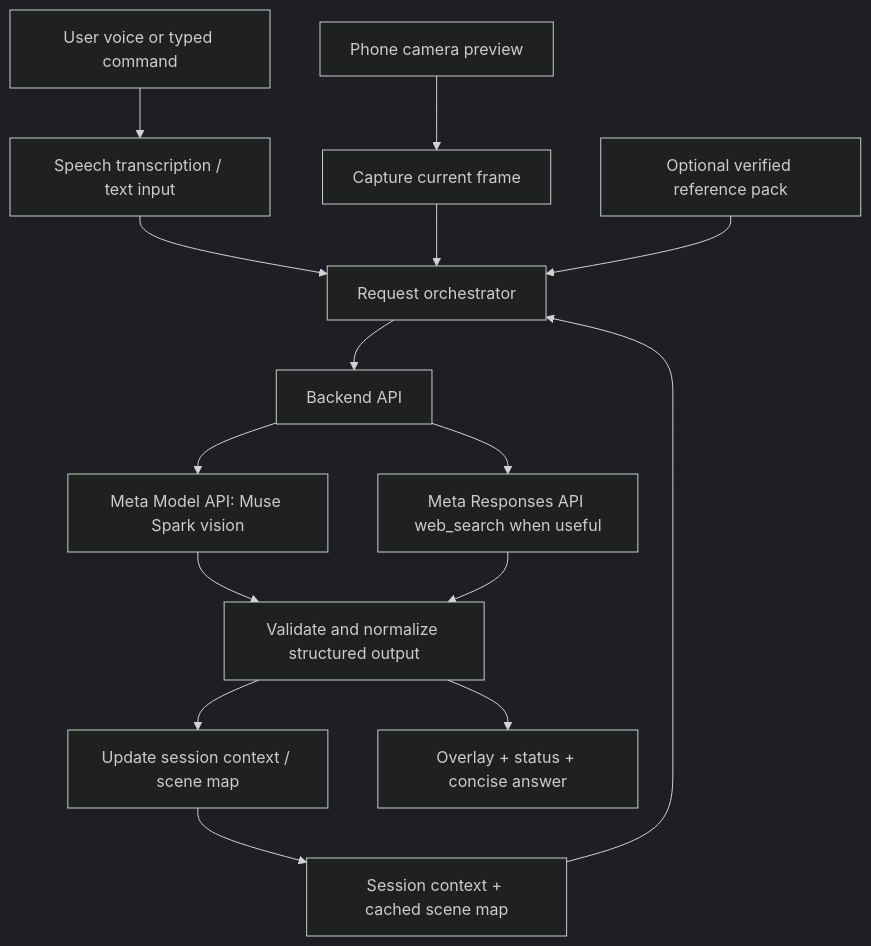
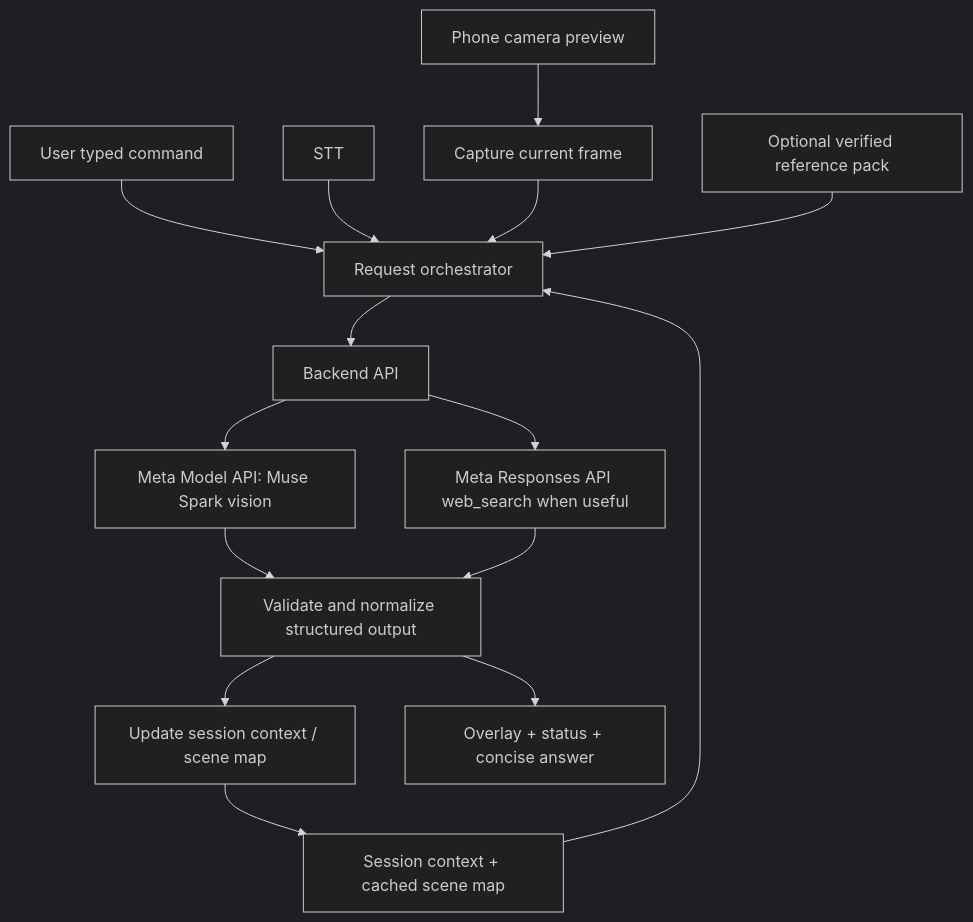
One commit to aizkinwork-star/intentlens changed the diagram in docs/architecture.md. Above: the diagram before and after it, drawn with Mermaid (dark theme). The commit also changed other lines of this file and 34 other files, not shown here.

````diff
--- a/docs/architecture.md
+++ b/docs/architecture.md
@@ -93,17 +93,17 @@
 ```mermaid
 flowchart TD
-    U[User voice or typed command] --> STT[Speech transcription / text input]
+    U[User typed command] --> ORCH
     C[Phone camera preview] --> CAP[Capture current frame]
     STT --> ORCH[Request orchestrator]
     CAP --> ORCH
     CTX[Session context + cached scene map] --> ORCH
     DOC[Optional verified reference pack] --> ORCH
     ORCH --> BE[Backend API]
     BE --> META[Meta Model API: Muse Spark vision]
     BE --> SEARCH[Meta Responses API web_search when useful]
     META --> VAL[Validate and normalize structured output]
     SEARCH --> VAL
     VAL --> STORE[Update session context / scene map]
     VAL --> UI[Overlay + status + concise answer]
     STORE --> CTX
 ```
````
